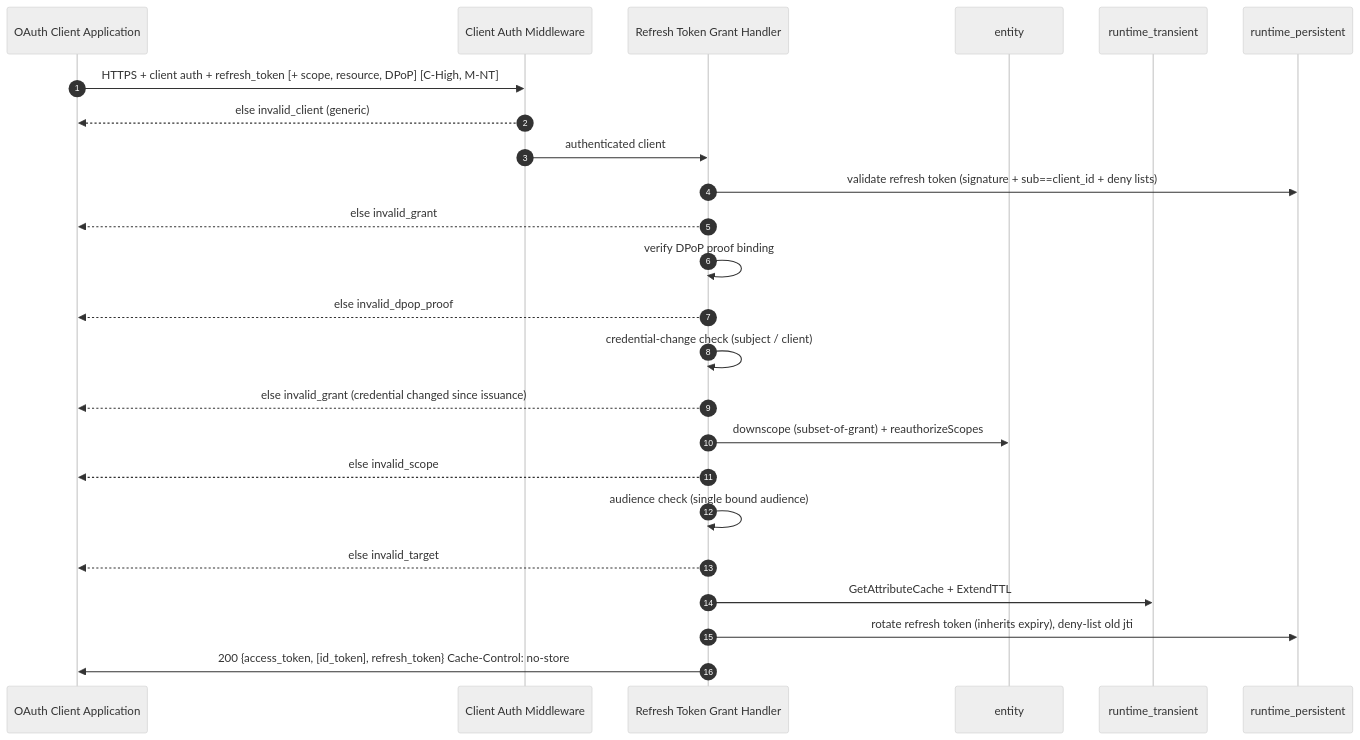
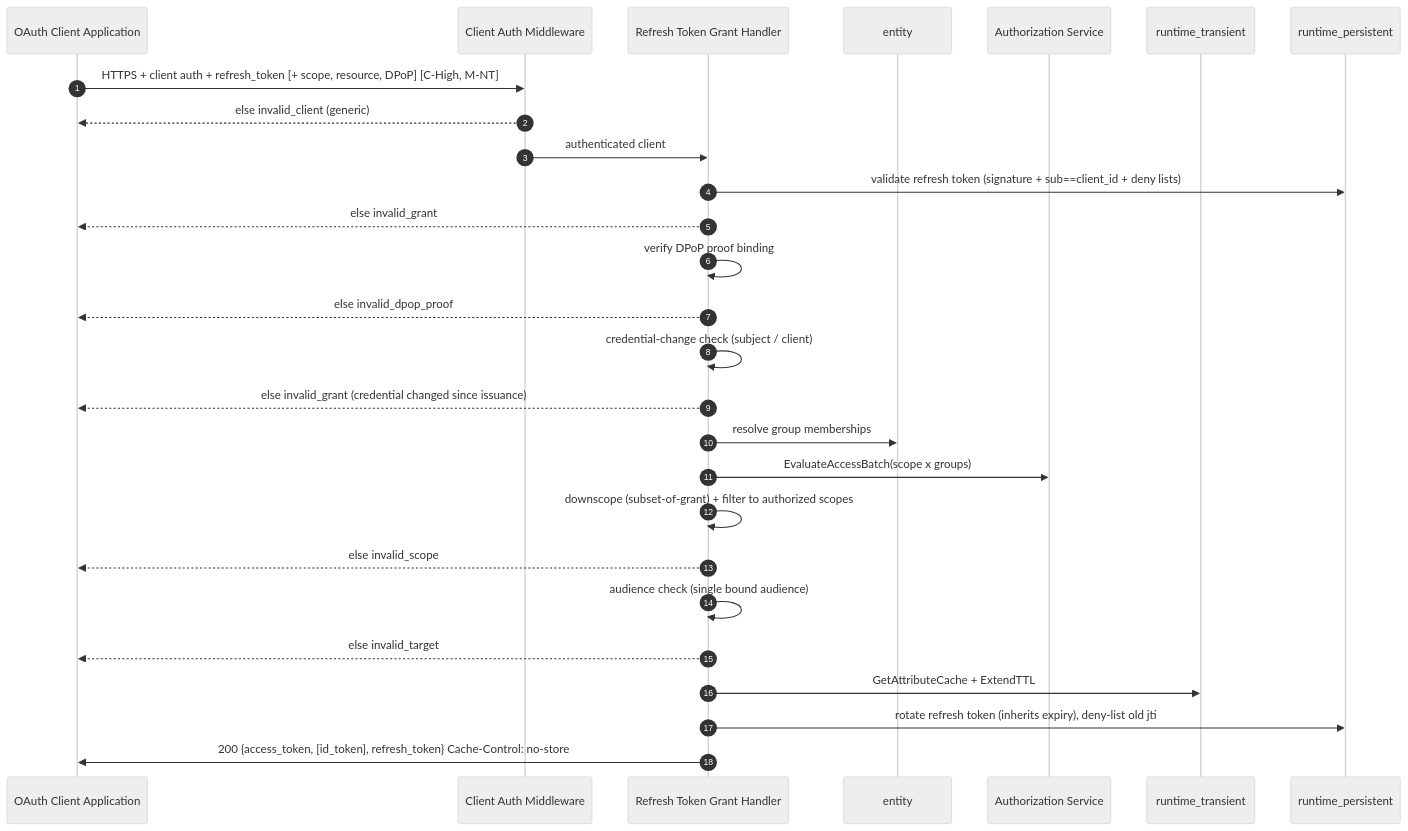
Before and after one commit to thiva-k/thunder: the fifth of 5 diagrams in docs-internals/oauth/authorization-and-core-grants.md, drawn with Mermaid (neutral theme). The commit also changed other lines of this file, not shown here.

````diff
--- a/docs-internals/oauth/authorization-and-core-grants.md
+++ b/docs-internals/oauth/authorization-and-core-grants.md
@@ -362,27 +363,30 @@
 ```mermaid
 sequenceDiagram
   autonumber
   participant APP as OAuth Client Application
   participant CLIAUTH as Client Auth Middleware
   participant RGH as Refresh Token Grant Handler
   participant ENTITYDB as entity
+  participant AUTHZSVC as Authorization Service
   participant TRANSIENTDB as runtime_transient
   participant PERSISTENTDB as runtime_persistent
 
   APP->>CLIAUTH: HTTPS + client auth + refresh_token [+ scope, resource, DPoP] [C-High, M-NT]
   CLIAUTH-->>APP: else invalid_client (generic)
   CLIAUTH->>RGH: authenticated client
   RGH->>PERSISTENTDB: validate refresh token (signature + sub==client_id + deny lists)
   RGH-->>APP: else invalid_grant
   RGH->>RGH: verify DPoP proof binding
   RGH-->>APP: else invalid_dpop_proof
   RGH->>RGH: credential-change check (subject / client)
   RGH-->>APP: else invalid_grant (credential changed since issuance)
-  RGH->>ENTITYDB: downscope (subset-of-grant) + reauthorizeScopes
+  RGH->>ENTITYDB: resolve group memberships
+  RGH->>AUTHZSVC: EvaluateAccessBatch(scope x groups)
+  RGH->>RGH: downscope (subset-of-grant) + filter to authorized scopes
   RGH-->>APP: else invalid_scope
   RGH->>RGH: audience check (single bound audience)
   RGH-->>APP: else invalid_target
   RGH->>TRANSIENTDB: GetAttributeCache + ExtendTTL
   RGH->>PERSISTENTDB: rotate refresh token (inherits expiry), deny-list old jti
   RGH->>APP: 200 {access_token, [id_token], refresh_token} Cache-Control: no-store
 ```
````
